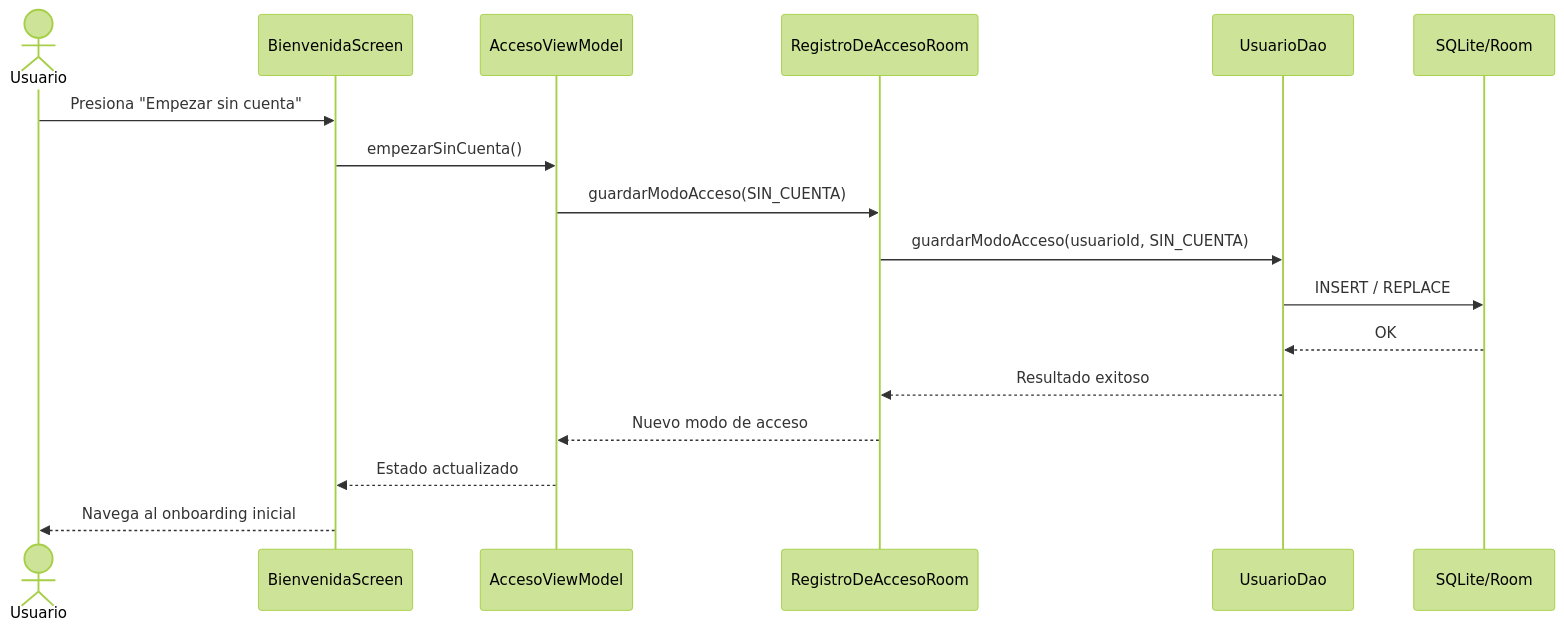
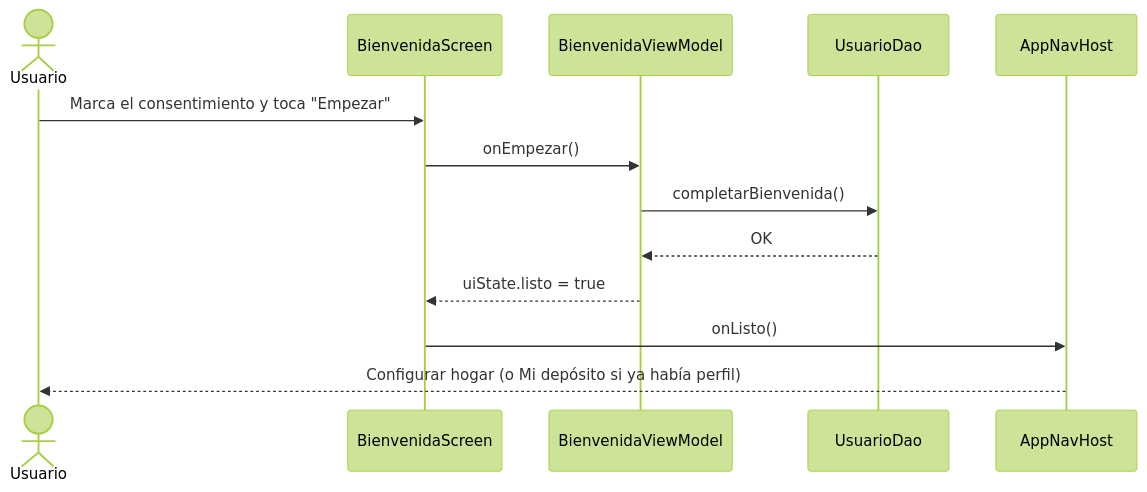
Before and after one commit to IkerASierraR/AguardApp: the fifth of 18 diagrams in informes/FD04-SAD.md, drawn with Mermaid (forest theme). The commit also changed other lines of this file and 2 other files, not shown here.

````diff
--- a/informes/FD04-SAD.md
+++ b/informes/FD04-SAD.md
@@ -201,19 +207,15 @@
 ```mermaid
 sequenceDiagram
     actor U as Usuario
-    participant B as BienvenidaScreen
-    participant VM as AccesoViewModel
-    participant ROOM as RegistroDeAccesoRoom
+    participant S as BienvenidaScreen
+    participant VM as BienvenidaViewModel
     participant DAO as UsuarioDao
-    participant DB as SQLite/Room
-    U->>B: Presiona "Empezar sin cuenta"
-    B->>VM: empezarSinCuenta()
-    VM->>ROOM: guardarModoAcceso(SIN_CUENTA)
-    ROOM->>DAO: guardarModoAcceso(usuarioId, SIN_CUENTA)
-    DAO->>DB: INSERT / REPLACE
-    DB-->>DAO: OK
-    DAO-->>ROOM: Resultado exitoso
-    ROOM-->>VM: Nuevo modo de acceso
-    VM-->>B: Estado actualizado
-    B-->>U: Navega al onboarding inicial
+    participant NAV as AppNavHost
+    U->>S: Marca el consentimiento y toca "Empezar"
+    S->>VM: onEmpezar()
+    VM->>DAO: completarBienvenida()
+    DAO-->>VM: OK
+    VM-->>S: uiState.listo = true
+    S->>NAV: onListo()
+    NAV-->>U: Configurar hogar (o Mi depósito si ya había perfil)
 ```
````
